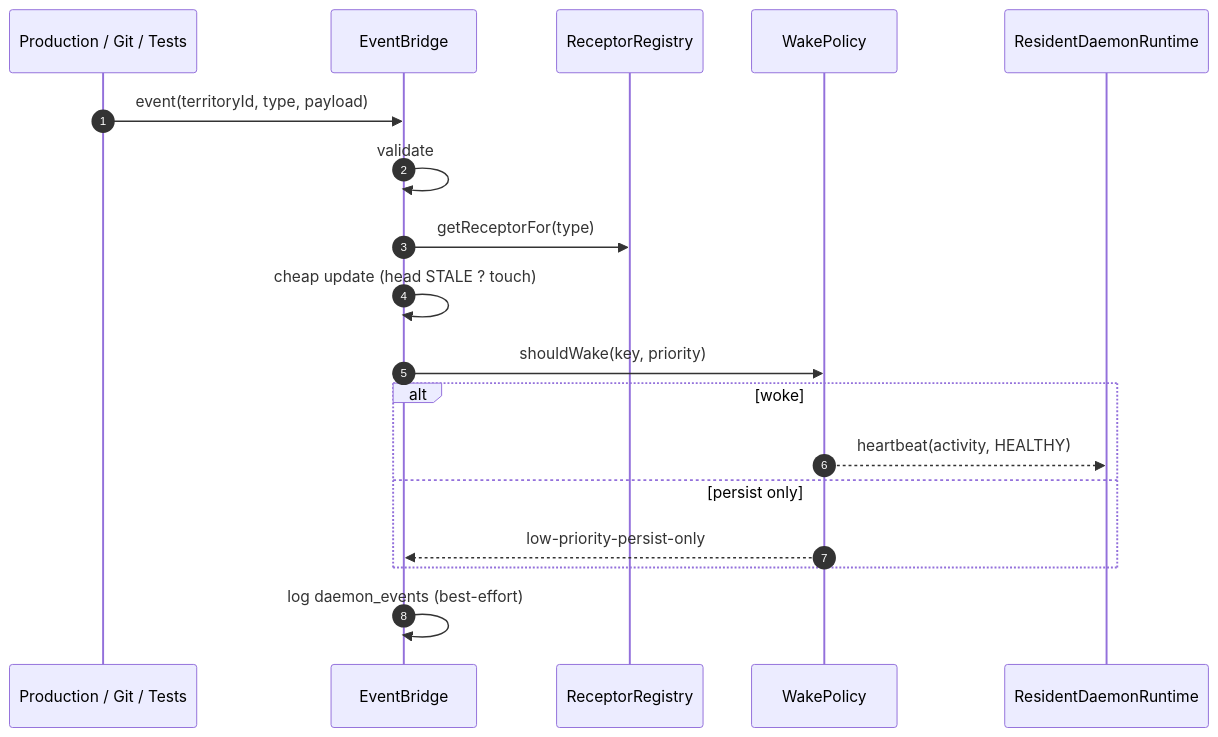
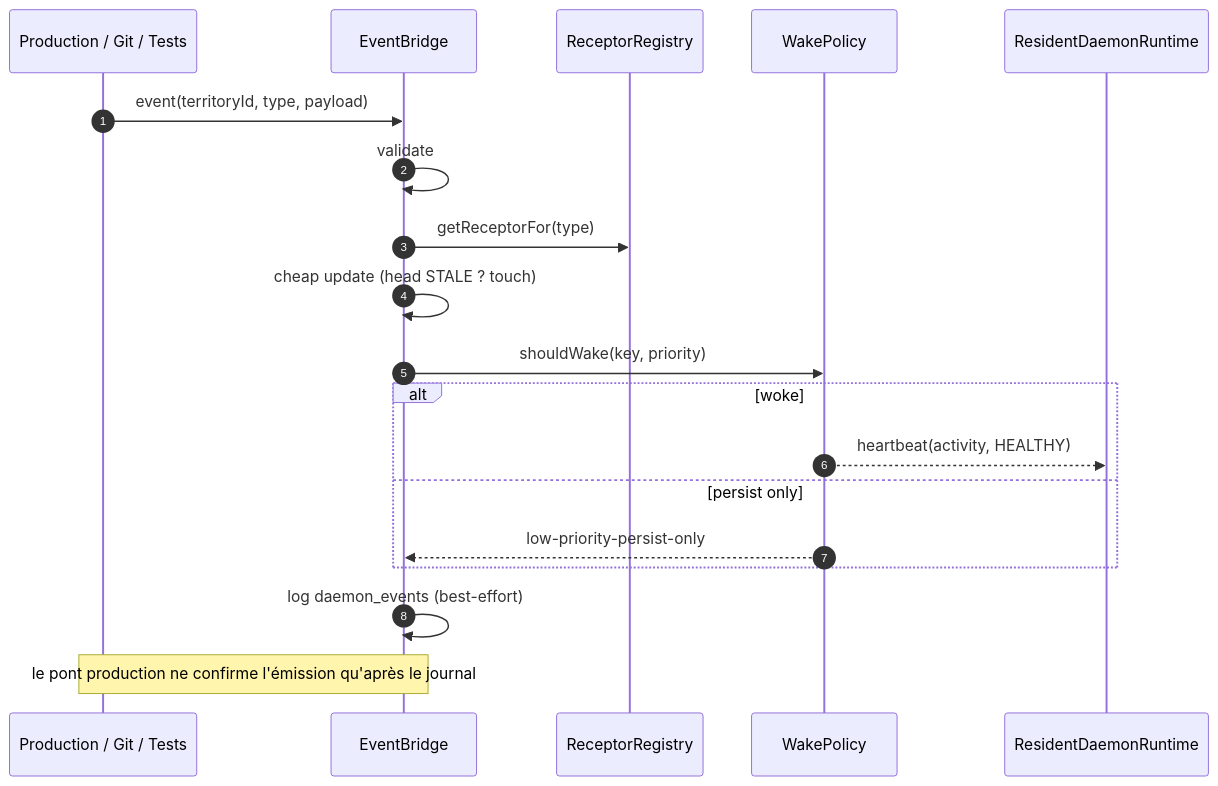
The third of 7 diagrams in docs/03-reference/types-de-daemons.md (PISSARAW/GenOS), drawn with Mermaid before and after one commit. The commit also changed other lines of this file, not shown here.

````diff
--- a/docs/03-reference/types-de-daemons.md
+++ b/docs/03-reference/types-de-daemons.md
@@ -305,20 +320,21 @@
 ```mermaid
 sequenceDiagram
     autonumber
     participant PROD as Production / Git / Tests
     participant BRIDGE as EventBridge
     participant RECEPT as ReceptorRegistry
     participant WAKE as WakePolicy
     participant RT as ResidentDaemonRuntime
     PROD->>BRIDGE: event(territoryId, type, payload)
     BRIDGE->>BRIDGE: validate
     BRIDGE->>RECEPT: getReceptorFor(type)
     BRIDGE->>BRIDGE: cheap update (head STALE ? touch)
     BRIDGE->>WAKE: shouldWake(key, priority)
     alt woke
       WAKE-->>RT: heartbeat(activity, HEALTHY)
     else persist only
       WAKE-->>BRIDGE: low-priority-persist-only
     end
     BRIDGE->>BRIDGE: log daemon_events (best-effort)
+    Note over PROD,BRIDGE: le pont production ne confirme l'émission qu'après le journal
 ```
````
